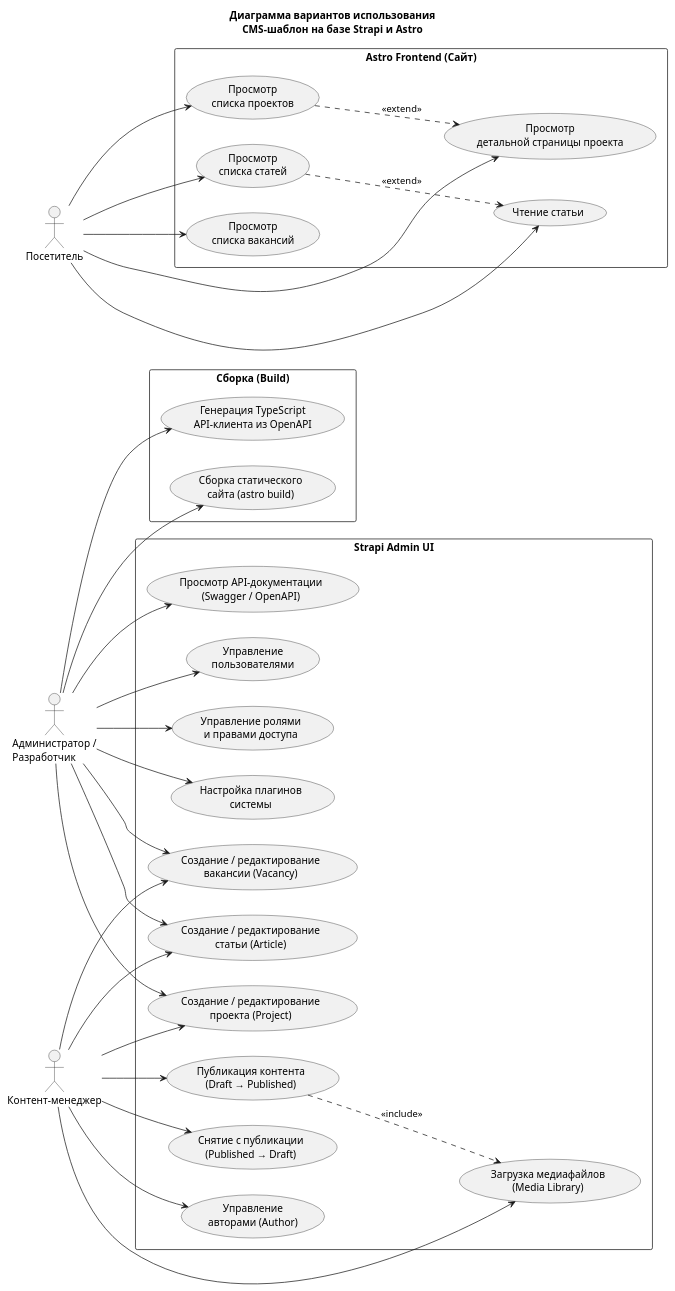
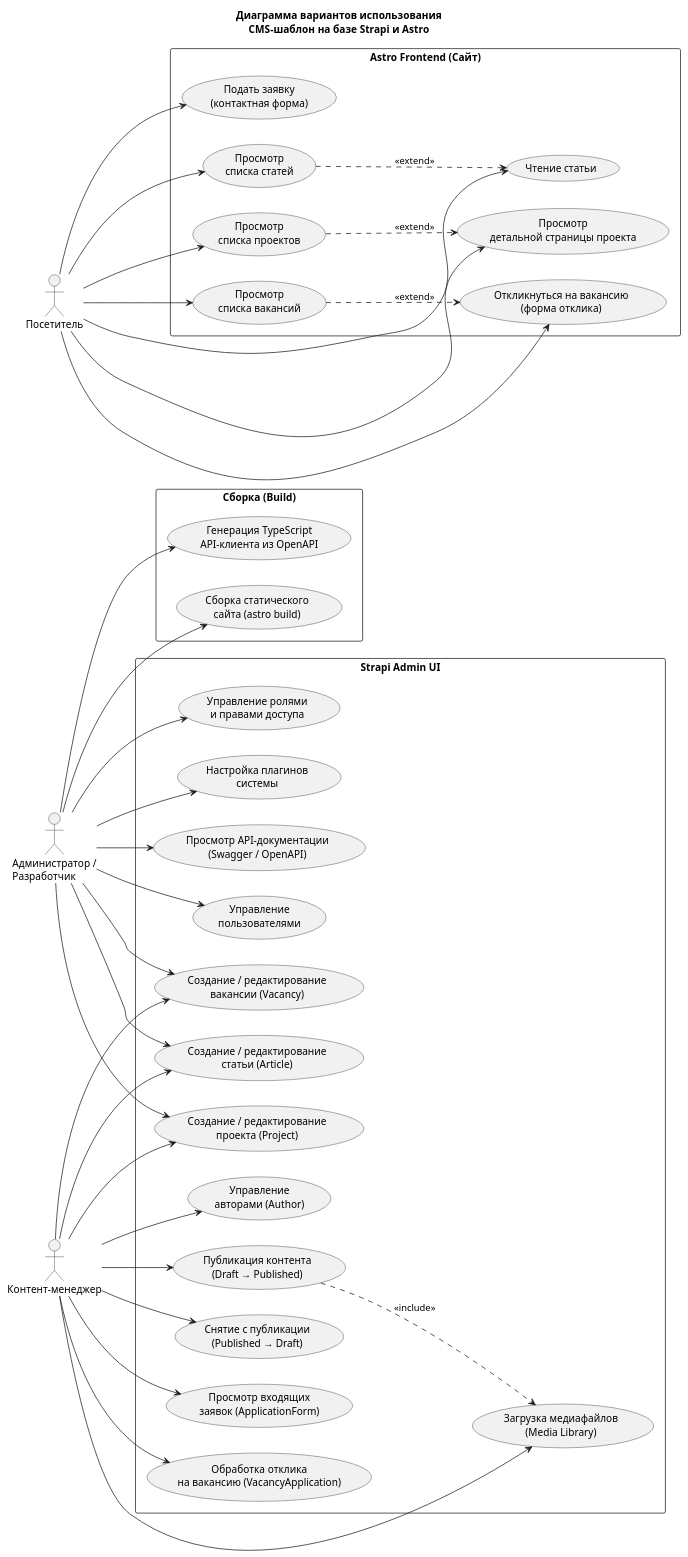
One commit to ArthurNyan/8sem_work changed the diagram in uml/01_use_case.puml. Above: the diagram before and after it, drawn with PlantUML. The commit also changed 4 other files, not shown here.

First line of the commit message:
Enhance UML diagrams for form submission and application processing

```diff
--- a/uml/01_use_case.puml
+++ b/uml/01_use_case.puml
@@ -1,74 +1,85 @@
 @startuml use_case
 
 title Диаграмма вариантов использования\nCMS-шаблон на базе Strapi и Astro
 
 left to right direction
 
 actor "Администратор /\nРазработчик" as Admin
 actor "Контент-менеджер" as CM
 actor "Посетитель" as Visitor
 
 rectangle "Strapi Admin UI" {
     usecase "Управление ролями\nи правами доступа" as UC_Roles
     usecase "Настройка плагинов\nсистемы" as UC_Plugins
     usecase "Просмотр API-документации\n(Swagger / OpenAPI)" as UC_Docs
     usecase "Управление\nпользователями" as UC_Users
 
     usecase "Создание / редактирование\nстатьи (Article)" as UC_Article
     usecase "Создание / редактирование\nпроекта (Project)" as UC_Project
     usecase "Создание / редактирование\nвакансии (Vacancy)" as UC_Vacancy
     usecase "Управление\nавторами (Author)" as UC_Author
     usecase "Загрузка медиафайлов\n(Media Library)" as UC_Media
     usecase "Публикация контента\n(Draft → Published)" as UC_Publish
     usecase "Снятие с публикации\n(Published → Draft)" as UC_Unpublish
+    usecase "Просмотр входящих\nзаявок (ApplicationForm)" as UC_ViewApplications
+    usecase "Обработка отклика\nна вакансию (VacancyApplication)" as UC_ViewVacancyApps
 }
 
 rectangle "Astro Frontend (Сайт)" {
     usecase "Просмотр\nсписка статей" as UC_Articles
     usecase "Чтение статьи" as UC_ArticleDetail
     usecase "Просмотр\nсписка проектов" as UC_Projects
     usecase "Просмотр\nдетальной страницы проекта" as UC_ProjectDetail
     usecase "Просмотр\nсписка вакансий" as UC_Vacancies
+    usecase "Подать заявку\n(контактная форма)" as UC_ContactForm
+    usecase "Откликнуться на вакансию\n(форма отклика)" as UC_VacancyForm
 }
 
 rectangle "Сборка (Build)" {
     usecase "Генерация TypeScript\nAPI-клиента из OpenAPI" as UC_GenAPI
     usecase "Сборка статического\nсайта (astro build)" as UC_Build
 }
 
 ' Администратор
 Admin --> UC_Roles
 Admin --> UC_Plugins
 Admin --> UC_Docs
 Admin --> UC_Users
 Admin --> UC_GenAPI
 Admin --> UC_Build
 
 ' Контент-менеджер
 CM --> UC_Article
 CM --> UC_Project
 CM --> UC_Vacancy
 CM --> UC_Author
 CM --> UC_Media
 CM --> UC_Publish
 CM --> UC_Unpublish
 
 ' Публикация включает загрузку медиа
 UC_Publish ..> UC_Media : <<include>>
 
 ' Посетитель
 Visitor --> UC_Articles
 Visitor --> UC_ArticleDetail
 Visitor --> UC_Projects
 Visitor --> UC_ProjectDetail
 Visitor --> UC_Vacancies
+Visitor --> UC_ContactForm
+Visitor --> UC_VacancyForm
 
 UC_Articles ..> UC_ArticleDetail : <<extend>>
 UC_Projects ..> UC_ProjectDetail : <<extend>>
+UC_Vacancies ..> UC_VacancyForm : <<extend>>
+
+' Контент-менеджер обрабатывает входящие заявки
+CM --> UC_ViewApplications
+CM --> UC_ViewVacancyApps
 
 ' Администратор также может управлять контентом
 Admin --> UC_Article
 Admin --> UC_Project
 Admin --> UC_Vacancy
 
 @enduml
```
